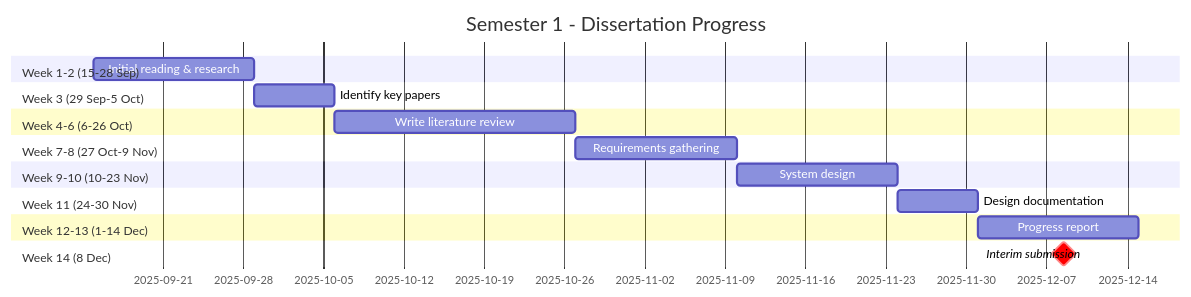
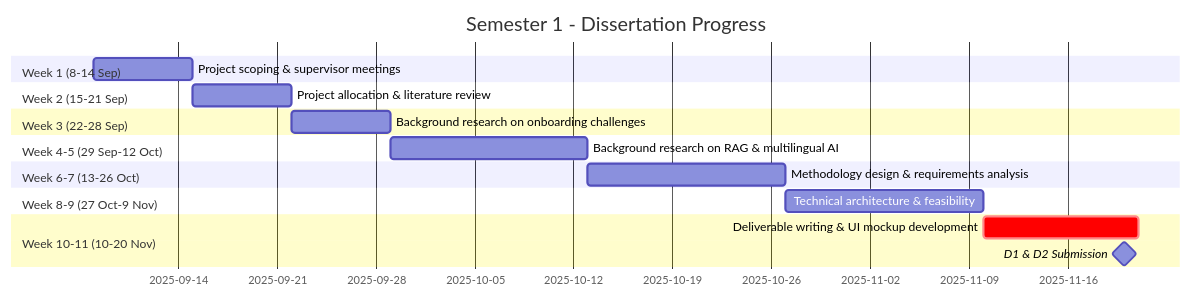
One commit to nm2064/Supporting-new-students-orienting-themselves-on-campus changed the first of 2 diagrams in Gantt Chart/README.md. Above: the diagram before and after it, drawn with Mermaid.

Commit message:
Revise Gantt chart for dissertation timeline

````diff
--- a/Gantt Chart/README.md
+++ b/Gantt Chart/README.md
@@ -5,29 +5,27 @@
 ```mermaid
 gantt
     title Semester 1 - Dissertation Progress
     dateFormat  YYYY-MM-DD
 
-    section Week 1-2 (15-28 Sep)
-    Initial reading & research                      :lit1, 2025-09-15, 14d
+    section Week 1 (8-14 Sep)
+    Project scoping & supervisor meetings           :w1, 2025-09-08, 7d
 
-    section Week 3 (29 Sep-5 Oct)
-    Identify key papers                             :lit2, 2025-09-29, 7d
+    section Week 2 (15-21 Sep)
+    Project allocation & literature review          :w2, 2025-09-15, 7d
 
-    section Week 4-6 (6-26 Oct)
-    Write literature review                         :lit3, 2025-10-06, 21d
+    section Week 3 (22-28 Sep)
+    Background research on onboarding challenges    :w3, 2025-09-22, 7d
 
-    section Week 7-8 (27 Oct-9 Nov)
-    Requirements gathering                          :req1, 2025-10-27, 14d
+    section Week 4-5 (29 Sep-12 Oct)
+    Background research on RAG & multilingual AI    :w4, 2025-09-29, 14d
 
-    section Week 9-10 (10-23 Nov)
-    System design                                   :des1, 2025-11-10, 14d
+    section Week 6-7 (13-26 Oct)
+    Methodology design & requirements analysis      :w6, 2025-10-13, 14d
 
-    section Week 11 (24-30 Nov)
-    Design documentation                            :des2, 2025-11-24, 7d
+    section Week 8-9 (27 Oct-9 Nov)
+    Technical architecture & feasibility            :w8, 2025-10-27, 14d
 
-    section Week 12-13 (1-14 Dec)
-    Progress report                                 :doc1, 2025-12-01, 14d
-
-    section Week 14 (8 Dec)
-    Interim submission                              :milestone, crit, 2025-12-08, 1d
+    section Week 10-11 (10-20 Nov)
+    Deliverable writing & UI mockup development     :crit, w10, 2025-11-10, 11d
+    D1 & D2 Submission                              :milestone, submit, 2025-11-20, 0d
 ```
````
